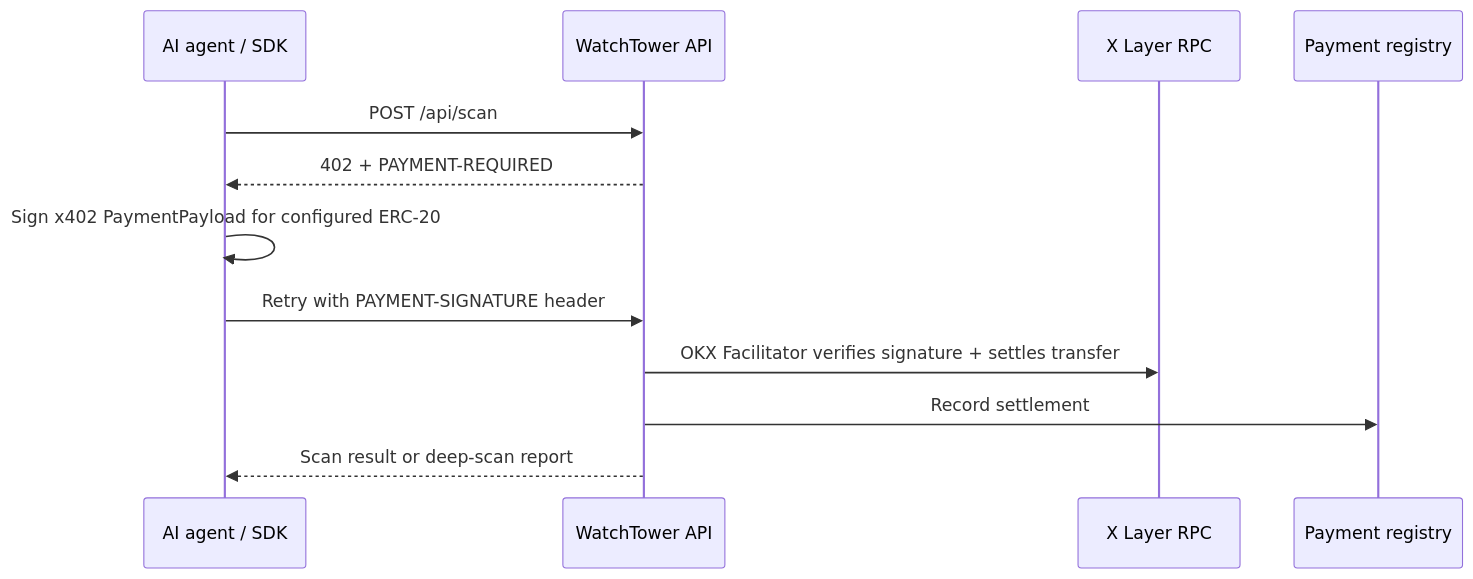
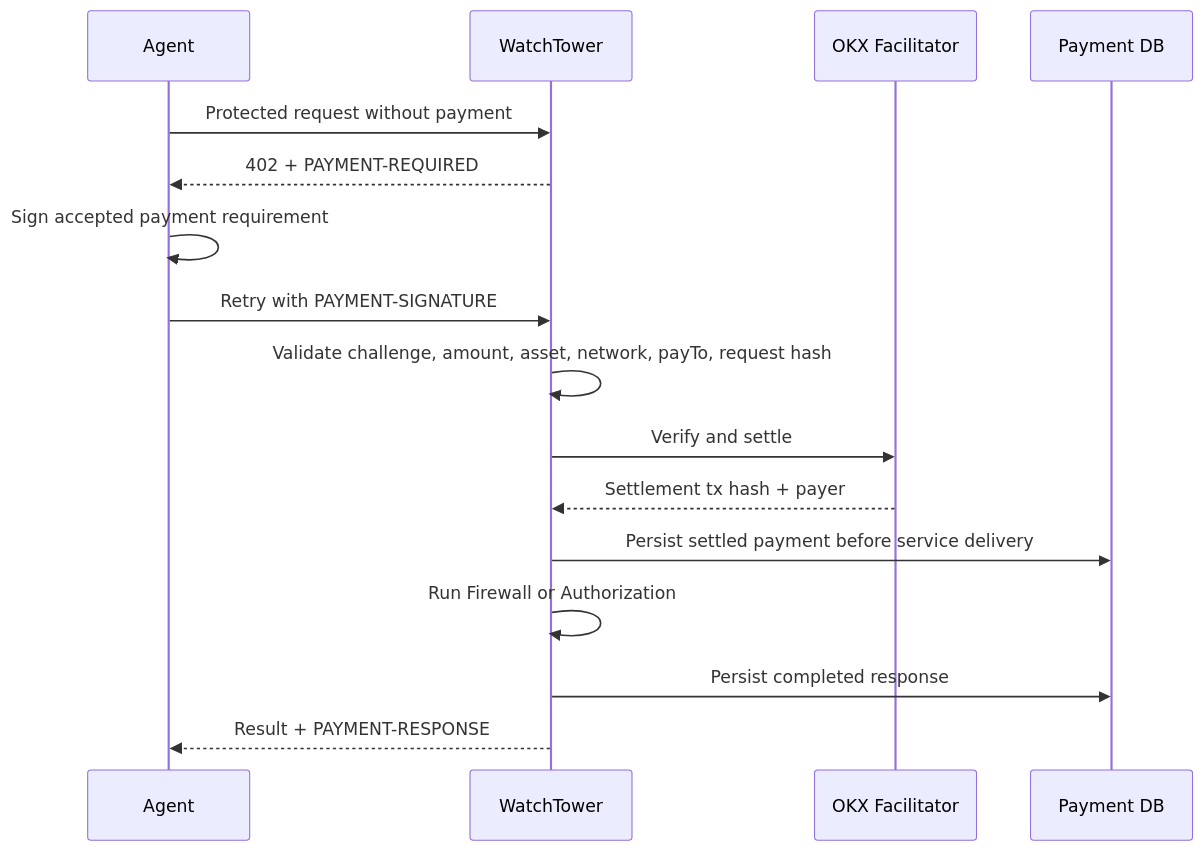
The second of 2 diagrams in README.md (demola13777/watchtower), drawn with Mermaid before and after one commit. The commit also changed other lines of this file and 51 other files, not shown here.

Commit message:
Prepare WatchTower authorization release

````diff
--- a/README.md
+++ b/README.md
@@ -154,15 +447,19 @@
 ```mermaid
 sequenceDiagram
-    participant Agent as AI agent / SDK
-    participant API as WatchTower API
-    participant Chain as X Layer RPC
-    participant DB as Payment registry
+    participant Agent
+    participant WatchTower
+    participant OKX as OKX Facilitator
+    participant DB as Payment DB
 
-    Agent->>API: POST /api/scan
-    API-->>Agent: 402 + PAYMENT-REQUIRED
-    Agent->>Agent: Sign x402 PaymentPayload for configured ERC-20
-    Agent->>API: Retry with PAYMENT-SIGNATURE header
-    API->>Chain: OKX Facilitator verifies signature + settles transfer
-    API->>DB: Record settlement
-    API-->>Agent: Scan result or deep-scan report
+    Agent->>WatchTower: Protected request without payment
+    WatchTower-->>Agent: 402 + PAYMENT-REQUIRED
+    Agent->>Agent: Sign accepted payment requirement
+    Agent->>WatchTower: Retry with PAYMENT-SIGNATURE
+    WatchTower->>WatchTower: Validate challenge, amount, asset, network, payTo, request hash
+    WatchTower->>OKX: Verify and settle
+    OKX-->>WatchTower: Settlement tx hash + payer
+    WatchTower->>DB: Persist settled payment before service delivery
+    WatchTower->>WatchTower: Run Firewall or Authorization
+    WatchTower->>DB: Persist completed response
+    WatchTower-->>Agent: Result + PAYMENT-RESPONSE
 ```
````
